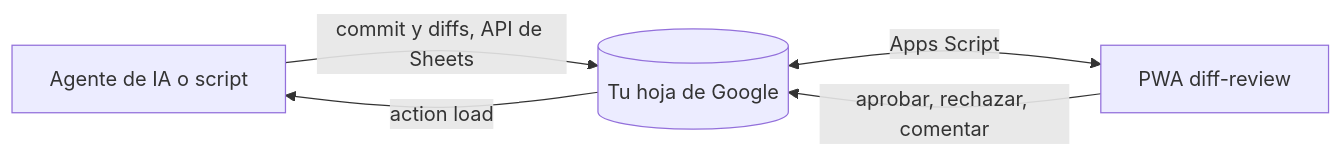
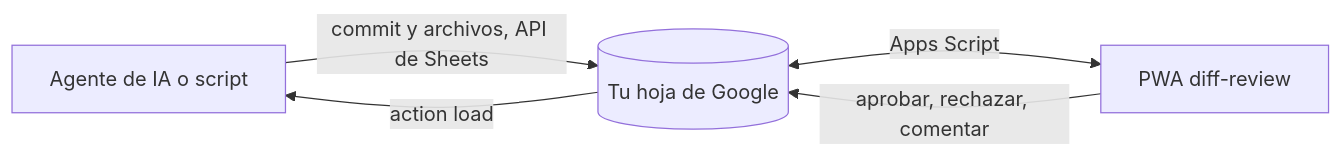
One commit to juliangdeveloper/diff-review changed the diagram in README.md. Above: the diagram before and after it, drawn with Mermaid. The commit also changed other lines of this file and 21 other files, not shown here.

Commit message:
v0.4.0: la app calcula diff, Estructura y Graph a partir del contenido de los archivos

````diff
--- a/README.md
+++ b/README.md
@@ -11,7 +11,7 @@
 ```mermaid
 flowchart LR
-  A[Agente de IA o script] -->|commit y diffs, API de Sheets| S[(Tu hoja de Google)]
+  A[Agente de IA o script] -->|commit y archivos, API de Sheets| S[(Tu hoja de Google)]
   S <-->|Apps Script| P[PWA diff-review]
   P -->|aprobar, rechazar, comentar| S
   S -->|action load| A
 ```
````
